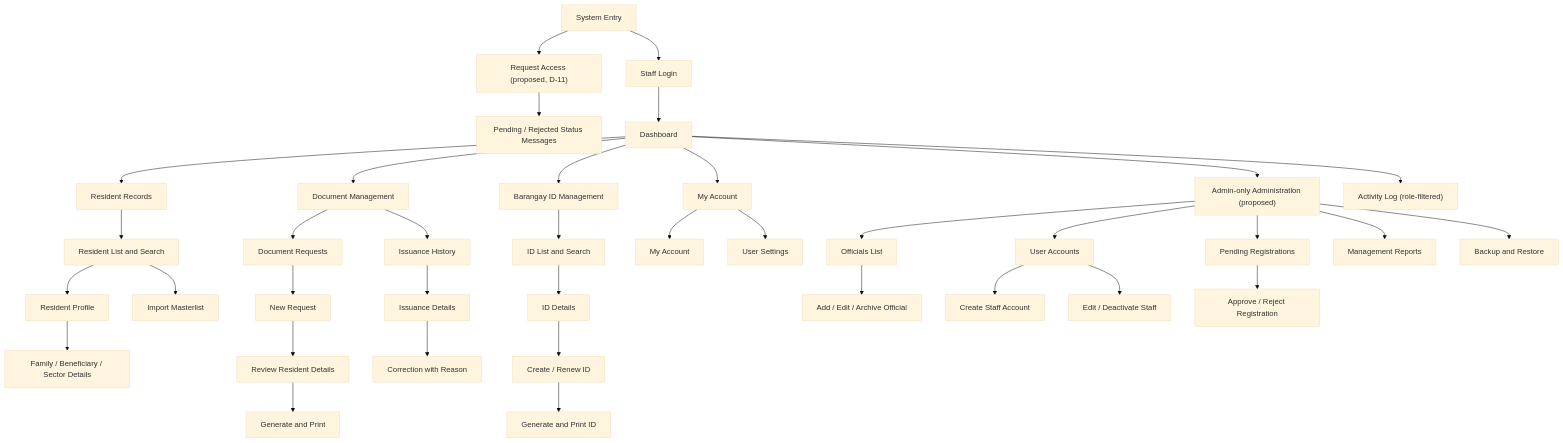
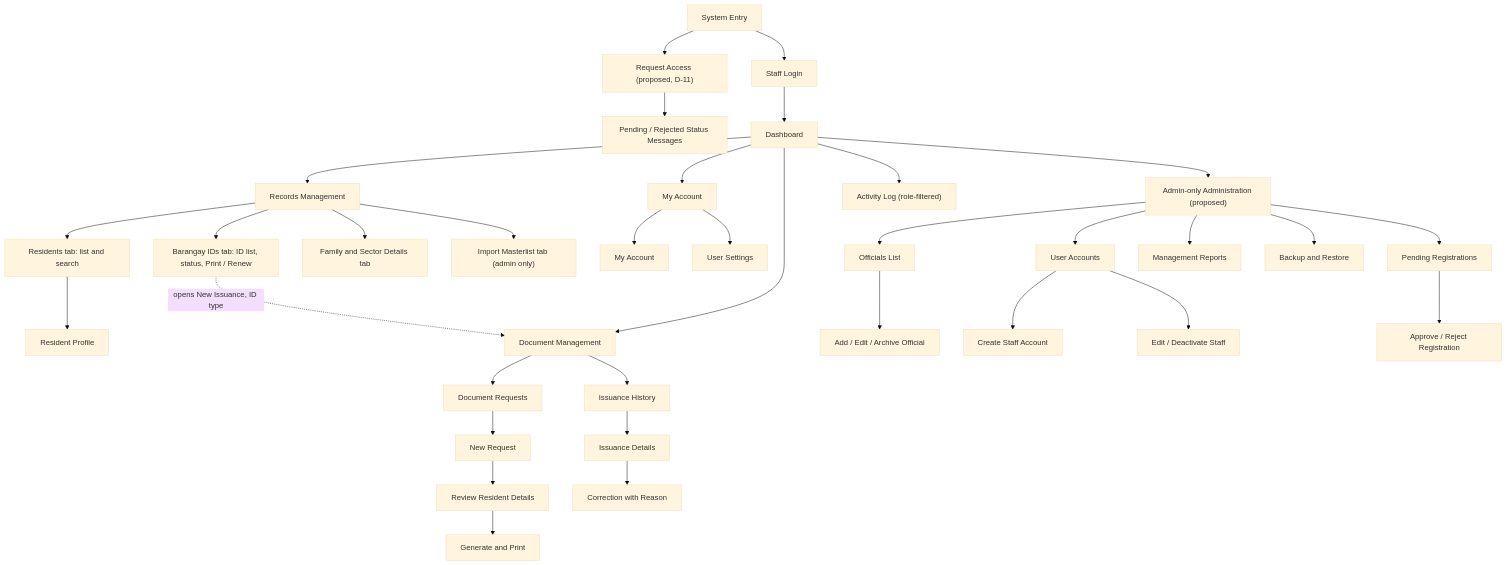
One commit to ItzVickyyy/Brgy.-Mayondon-LGU changed the diagram in docs/03-Design-and-UI.md. Above: the diagram before and after it, drawn with Mermaid (base theme). The commit also changed other lines of this file and 9 other files, not shown here.

````diff
--- a/docs/03-Design-and-UI.md
+++ b/docs/03-Design-and-UI.md
@@ -15,44 +15,40 @@
 ```mermaid
 flowchart TD
     A["System Entry"] --> B["Staff Login"]
     A --> C["Request Access (proposed, D-11)"]
     C --> D["Pending / Rejected Status Messages"]
     B --> E["Dashboard"]
 
-    E --> F["Resident Records"]
-    F --> F1["Resident List and Search"]
+    E --> F["Records Management"]
+    F --> F1["Residents tab: list and search"]
     F1 --> F2["Resident Profile"]
-    F2 --> F3["Family / Beneficiary / Sector Details"]
-    F1 --> F4["Import Masterlist"]
+    F --> F5["Barangay IDs tab: ID list, status, Print / Renew"]
+    F --> F3["Family and Sector Details tab"]
+    F --> F4["Import Masterlist tab (admin only)"]
+    F5 -.->|"opens New Issuance, ID type"| G
 
     E --> G["Document Management"]
     G --> G1["Document Requests"]
     G1 --> G2["New Request"]
     G2 --> G3["Review Resident Details"]
     G3 --> G4["Generate and Print"]
     G --> G5["Issuance History"]
     G5 --> G6["Issuance Details"]
     G6 --> G7["Correction with Reason"]
-
-    E --> H["Barangay ID Management"]
-    H --> H1["ID List and Search"]
-    H1 --> H2["ID Details"]
-    H2 --> H3["Create / Renew ID"]
-    H3 --> H4["Generate and Print ID"]
 
     E --> I["My Account"]
     I --> I1["My Account"]
     I --> I2["User Settings"]
 
     E --> J["Admin-only Administration (proposed)"]
     J --> J1["Officials List"]
     J1 --> J2["Add / Edit / Archive Official"]
     J --> J3["User Accounts"]
     J3 --> J4["Create Staff Account"]
     J3 --> J5["Edit / Deactivate Staff"]
     J --> J6["Pending Registrations"]
     J6 --> J7["Approve / Reject Registration"]
     E --> J8["Activity Log (role-filtered)"]
     J --> J9["Management Reports"]
     J --> J10["Backup and Restore"]
 ```
````
